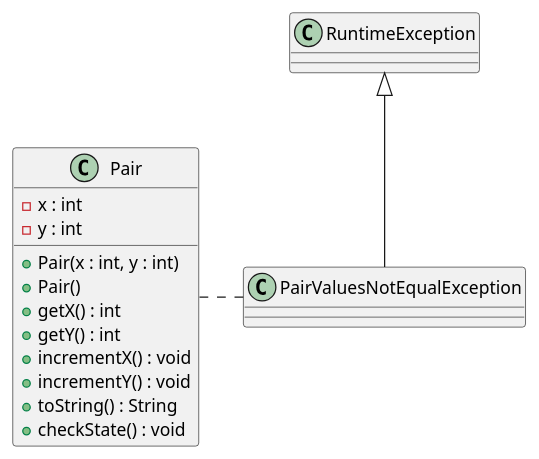
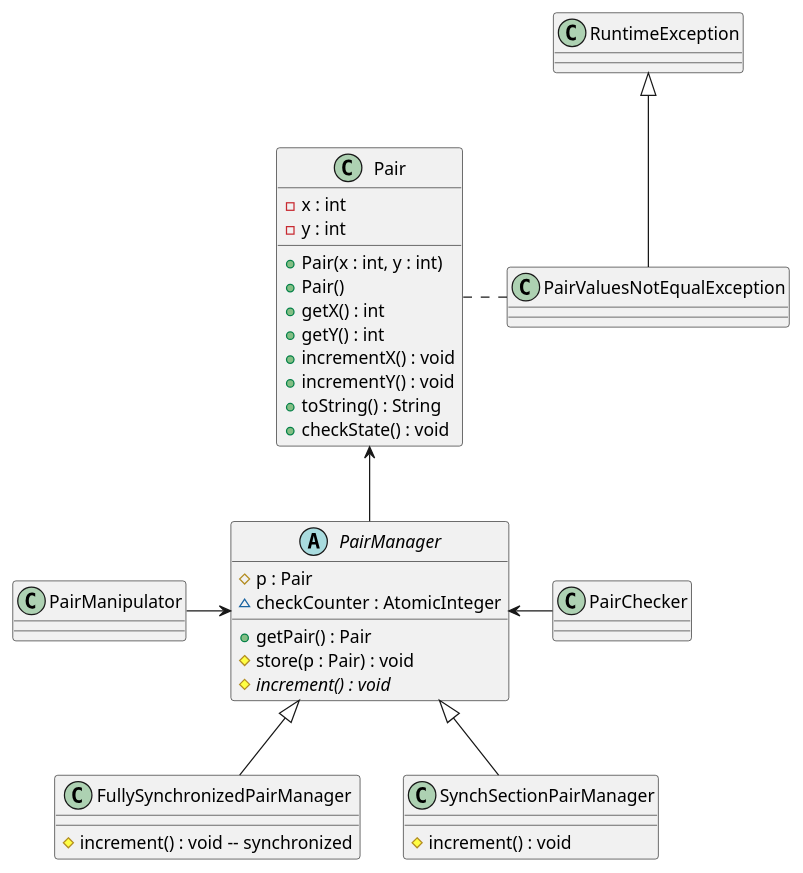
One commit to s3lvatico/TiJ-concurrency changed the diagram in docs/uml/criticalSection.puml. Above: the diagram before and after it, drawn with PlantUML. The commit also changed 6 other files, not shown here.

```diff
--- a/docs/uml/criticalSection.puml
+++ b/docs/uml/criticalSection.puml
@@ -1,20 +1,55 @@
 @startuml criticalSection
 
 class Pair {
     - x : int
     - y : int
     + Pair(x : int, y : int)
     + Pair()
     + getX() : int
     + getY() : int
     + incrementX() : void
     + incrementY() : void
     + toString() : String
     + checkState() : void
 }
 
 class PairValuesNotEqualException
 
-RuntimeException  <|-- PairValuesNotEqualException
+PairValuesNotEqualException -up-|> RuntimeException  
+
 Pair .right. PairValuesNotEqualException
+
+abstract class PairManager {
+    # p : Pair
+    ~ checkCounter : AtomicInteger
+    + getPair() : Pair
+    # store(p : Pair) : void
+    # {abstract} increment() : void    
+}
+
+PairManager -up-> Pair
+
+class FullySynchronizedPairManager {
+    # increment() : void -- synchronized
+}
+
+FullySynchronizedPairManager -up-|> PairManager
+
+class SynchSectionPairManager {    
+    # increment() : void
+}
+
+SynchSectionPairManager -up-|> PairManager
+
+
+class PairManipulator
+
+PairManipulator -right-> PairManager
+
+class PairChecker {
+
+}
+
+PairChecker -left-> PairManager
+
 @enduml
```
